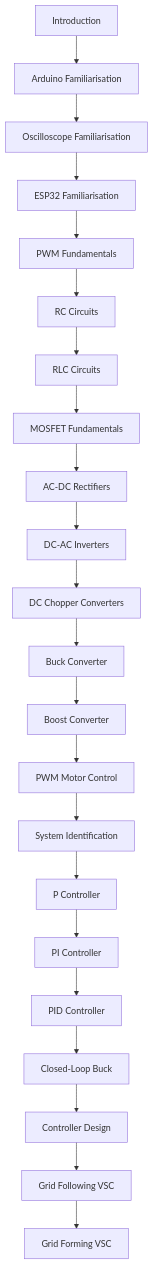
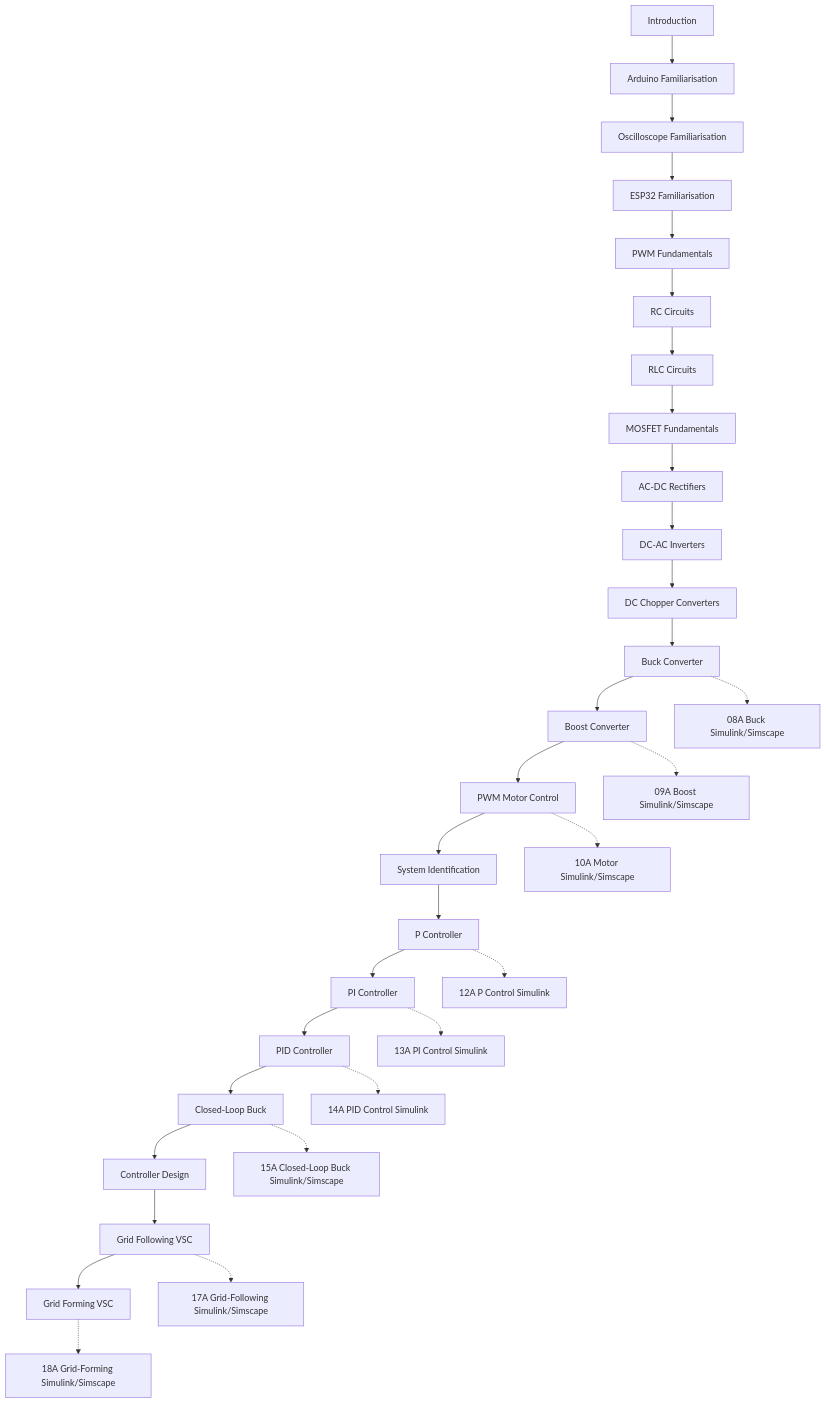
Before and after one commit to jaimetriv/power-electronics-and-control-training: the diagram in docs/index.md, drawn with Mermaid. The commit also changed other lines of this file and 19 other files, not shown here.

````diff
--- a/docs/index.md
+++ b/docs/index.md
@@ -52,46 +64,56 @@
 ```mermaid
 flowchart TD
 
 A[Introduction]
 --> B[Arduino Familiarisation]
 
 B --> C[Oscilloscope Familiarisation]
 
 C --> D[ESP32 Familiarisation]
 
 D --> E[PWM Fundamentals]
 
 E --> F[RC Circuits]
 
 F --> G[RLC Circuits]
 
 G --> H[MOSFET Fundamentals]
 
 H --> I[AC-DC Rectifiers]
 
 I --> J[DC-AC Inverters]
 
 J --> K[DC Chopper Converters]
 
 K --> L[Buck Converter]
 
 L --> M[Boost Converter]
 
 M --> N[PWM Motor Control]
 
 N --> O[System Identification]
 
 O --> P[P Controller]
 
 P --> Q[PI Controller]
 
 Q --> R[PID Controller]
 
 R --> S[Closed-Loop Buck]
 
 S --> T[Controller Design]
 
 T --> U[Grid Following VSC]
 
 U --> V[Grid Forming VSC]
+
+L -.-> L1[08A Buck Simulink/Simscape]
+M -.-> M1[09A Boost Simulink/Simscape]
+N -.-> N1[10A Motor Simulink/Simscape]
+P -.-> P1[12A P Control Simulink]
+Q -.-> Q1[13A PI Control Simulink]
+R -.-> R1[14A PID Control Simulink]
+S -.-> S1[15A Closed-Loop Buck Simulink/Simscape]
+U -.-> U1[17A Grid-Following Simulink/Simscape]
+V -.-> V1[18A Grid-Forming Simulink/Simscape]
 ```
````
